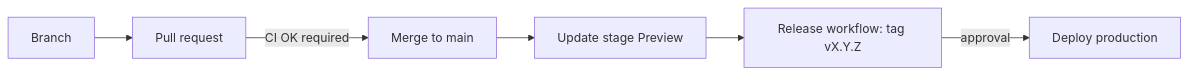
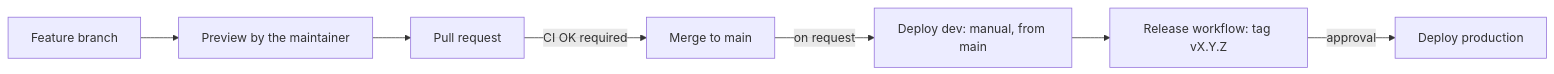
Before and after one commit to greenblacked/Notes: the diagram in README.md, drawn with Mermaid. The commit also changed other lines of this file and 18 other files, not shown here.

Commit message:
ci: replace stage with a manual dev deploy from main

````diff
--- a/README.md
+++ b/README.md
@@ -83,8 +83,9 @@
 ```mermaid
 flowchart LR
-    A[Branch] --> B[Pull request]
-    B -->|CI OK required| C[Merge to main]
-    C --> D[Update stage Preview]
-    D --> E[Release workflow: tag vX.Y.Z]
-    E -->|approval| F[Deploy production]
+    A[Feature branch] --> B[Preview by the maintainer]
+    B --> C[Pull request]
+    C -->|CI OK required| D[Merge to main]
+    D -->|on request| E[Deploy dev: manual, from main]
+    E --> F[Release workflow: tag vX.Y.Z]
+    F -->|approval| G[Deploy production]
 ```
````
